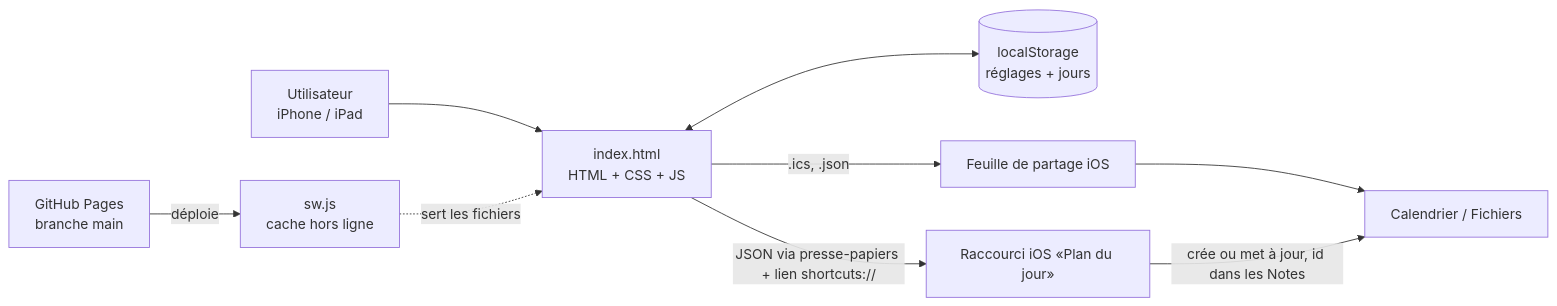
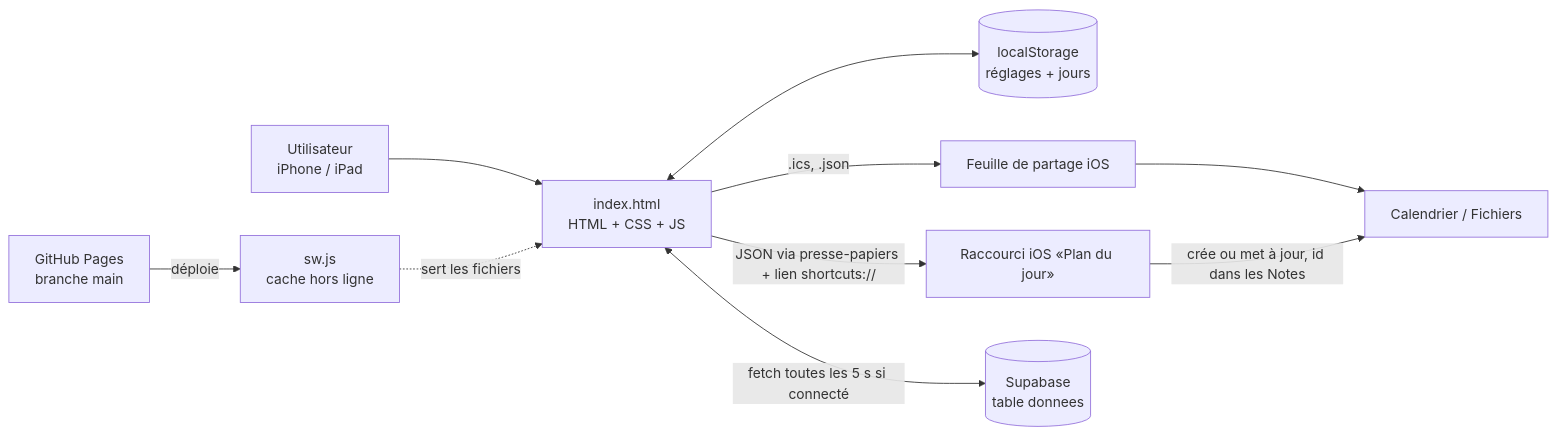
One commit to Maximeavril1869/PlanDuJour changed the first of 5 diagrams in ARCHITECTURE.md. Above: the diagram before and after it, drawn with Mermaid. The commit also changed other lines of this file and 8 other files, not shown here.

First line of the commit message:
0.35.0 : synchronisation avec un compte Supabase (local d'abord, relève toutes les 5 s)

````diff
--- a/ARCHITECTURE.md
+++ b/ARCHITECTURE.md
@@ -11,11 +11,12 @@
 ```mermaid
 flowchart LR
   U[Utilisateur<br/>iPhone / iPad] --> APP[index.html<br/>HTML + CSS + JS]
   APP <--> LS[(localStorage<br/>réglages + jours)]
   SW[sw.js<br/>cache hors ligne] -. sert les fichiers .-> APP
   APP -->|.ics, .json| SH[Feuille de partage iOS]
   SH --> CAL[Calendrier / Fichiers]
   APP -->|JSON via presse-papiers + lien shortcuts://| RAC[Raccourci iOS «Plan du jour»]
   RAC -->|crée ou met à jour, id dans les Notes| CAL
   GH[GitHub Pages<br/>branche main] -->|déploie| SW
+  APP <-->|fetch toutes les 5 s si connecté| SB[(Supabase<br/>table donnees)]
 ```
````
